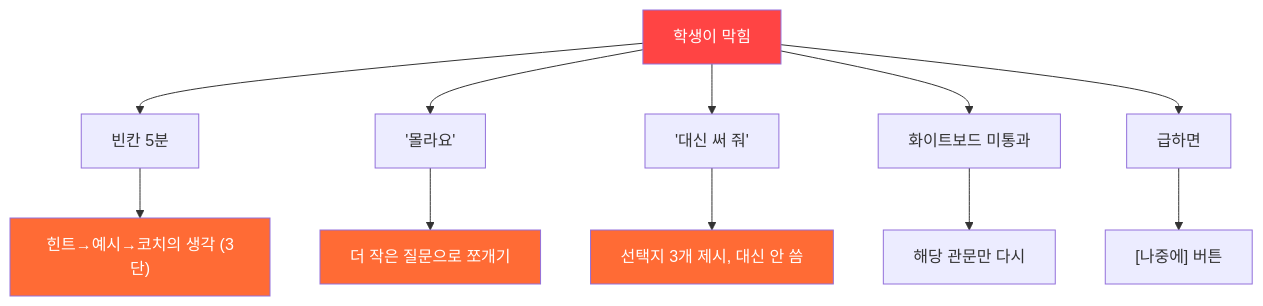
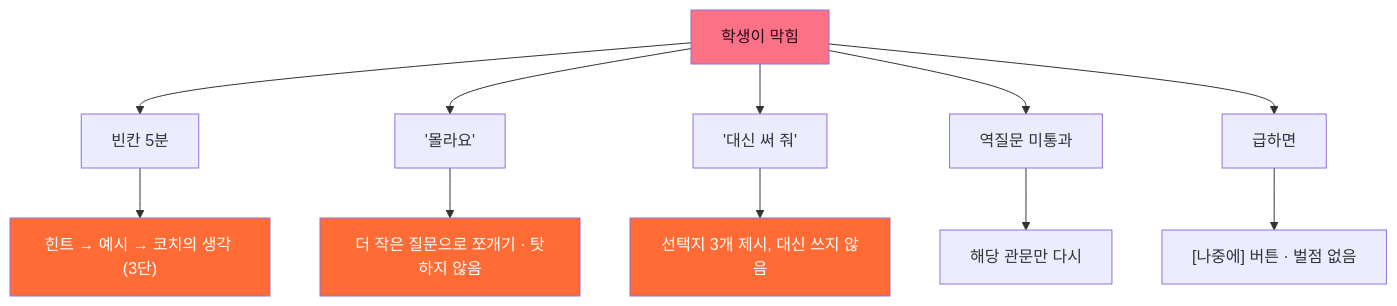
One commit to Collegenie-X/askback changed the tenth of 15 diagrams in 틴스파크AI_기획문서.md. Above: the diagram before and after it, drawn with Mermaid. The commit also changed other lines of this file and 23 other files, not shown here.

````diff
--- a/틴스파크AI_기획문서.md
+++ b/틴스파크AI_기획문서.md
@@ -454,14 +406,13 @@
 ```mermaid
 flowchart TD
   STUCK["학생이 막힘"]
-  BLANK["빈칸 5분"] --> R1["힌트→예시→코치의 생각 (3단)"]
-  DUNNO["'몰라요'"] --> R2["더 작은 질문으로 쪼개기"]
-  CHEAT["'대신 써 줘'"] --> R3["선택지 3개 제시, 대신 안 씀"]
-  FAIL["화이트보드 미통과"] --> R4["해당 관문만 다시"]
-  SKIP["급하면"] --> R5["[나중에] 버튼"]
-  STUCK --> BLANK & DUNNO & CHEAT & FAIL & SKIP
-  style STUCK fill:#ff4444,color:#fff
-  style R1 fill:#FF6B35,color:#fff
-  style R2 fill:#FF6B35,color:#fff
-  style R3 fill:#FF6B35,color:#fff
+  STUCK --> B1["빈칸 5분"] --> R1["힌트 → 예시 → 코치의 생각 (3단)"]
+  STUCK --> B2["'몰라요'"] --> R2["더 작은 질문으로 쪼개기 · 탓하지 않음"]
+  STUCK --> B3["'대신 써 줘'"] --> R3["선택지 3개 제시, 대신 쓰지 않음"]
+  STUCK --> B4["역질문 미통과"] --> R4["해당 관문만 다시"]
+  STUCK --> B5["급하면"] --> R5["[나중에] 버튼 · 벌점 없음"]
+  style STUCK fill:#fb7185,color:#2a0a1c
+  style R1 fill:#FF6B35,color:#ffffff
+  style R2 fill:#FF6B35,color:#ffffff
+  style R3 fill:#FF6B35,color:#ffffff
 ```
````
